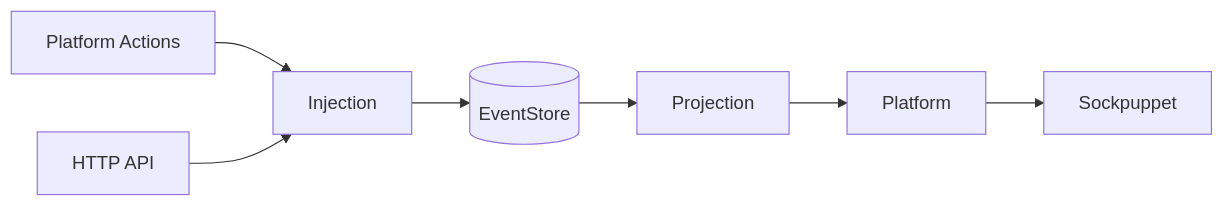
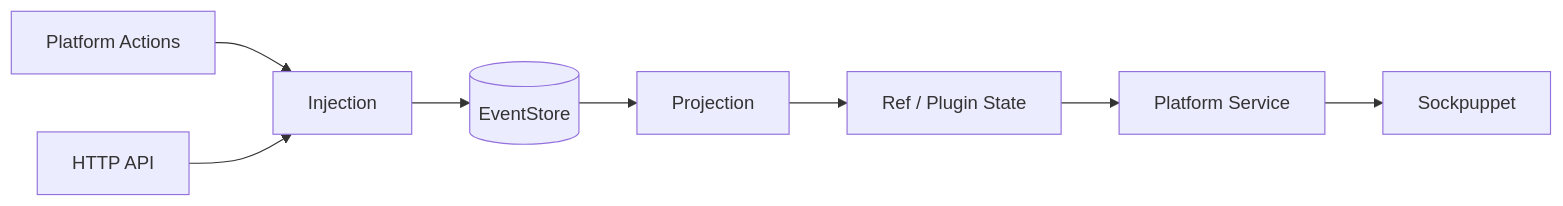
The first of 7 diagrams in ARCHITECTURE.md (ToxicPine/bernays), drawn with Mermaid before and after one commit. The commit also changed other lines of this file and 1 other file, not shown here.

First line of the commit message:
Plan reactive state architecture: incremental plugin state, EventStore as reactivity boundary

````diff
--- a/ARCHITECTURE.md
+++ b/ARCHITECTURE.md
@@ -197,9 +209,10 @@
 ```mermaid
 graph LR
     ACT[Platform Actions] --> INJ[Injection]
     API[HTTP API] --> INJ
     INJ --> ES[(EventStore)]
     ES --> PR[Projection]
-    PR --> PL[Platform]
+    PR --> REF[Ref / Plugin State]
+    REF --> PL[Platform Service]
     PL --> SP[Sockpuppet]
 ```
````
